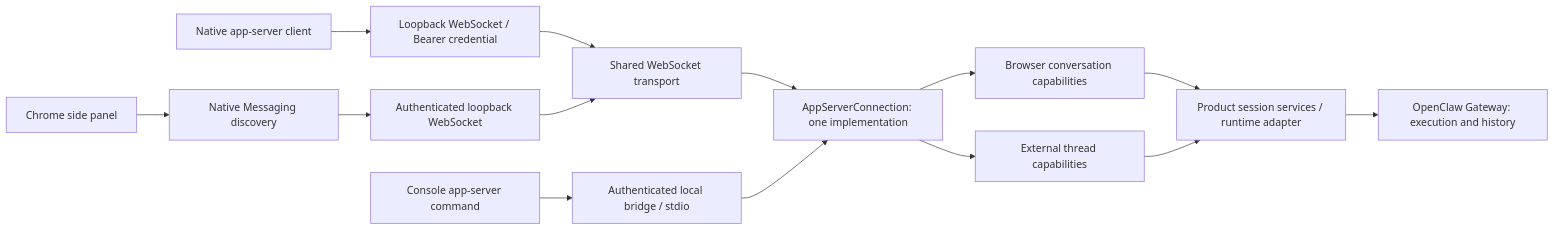
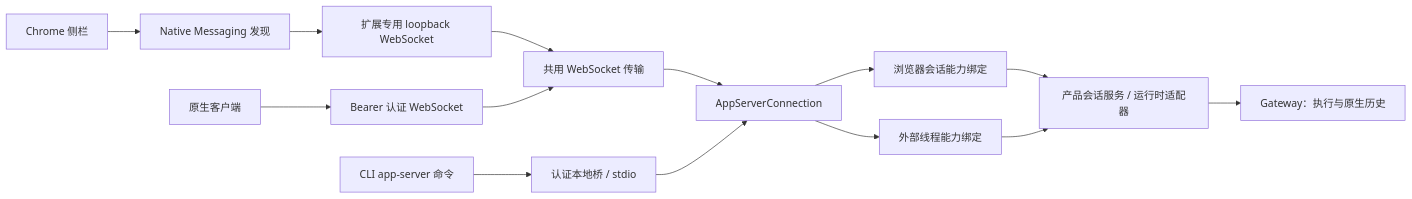
One commit to liangxhao/JustDo changed the diagram in docs/features/integrations/app-server.md. Above: the diagram before and after it, drawn with Mermaid. The commit also changed other lines of this file and 70 other files, not shown here.

Commit message:
docs: reorganize architecture, features, and plans

````diff
--- a/docs/features/integrations/app-server.md
+++ b/docs/features/integrations/app-server.md
@@ -12,17 +14,16 @@
 ```mermaid
 flowchart LR
-  Chrome[Chrome side panel] --> Discovery[Native Messaging discovery]
-  Discovery --> WS[Authenticated loopback WebSocket]
-  CLI[Console app-server command] --> Pipe[Authenticated local bridge / stdio]
-  Client[Native app-server client] --> Bearer[Loopback WebSocket / Bearer credential]
-  Bearer --> Transport[Shared WebSocket transport]
-  WS --> Transport
-  Transport --> Protocol
-  Protocol[AppServerConnection: one implementation]
+  Chrome[Chrome 侧栏] --> Discovery[Native Messaging 发现]
+  Discovery --> BrowserWS[扩展专用 loopback WebSocket]
+  Native[原生客户端] --> NativeWS[Bearer 认证 WebSocket]
+  BrowserWS --> Transport[共用 WebSocket 传输]
+  NativeWS --> Transport
+  CLI[CLI app-server 命令] --> Pipe[认证本地桥 / stdio]
+  Transport --> Protocol[AppServerConnection]
   Pipe --> Protocol
-  Protocol --> Browser[Browser conversation capabilities]
-  Protocol --> External[External thread capabilities]
-  Browser --> Product[Product session services / runtime adapter]
+  Protocol --> Browser[浏览器会话能力绑定]
+  Protocol --> External[外部线程能力绑定]
+  Browser --> Product[产品会话服务 / 运行时适配器]
   External --> Product
-  Product --> Gateway[OpenClaw Gateway: execution and history]
+  Product --> Gateway[Gateway：执行与原生历史]
 ```
````
